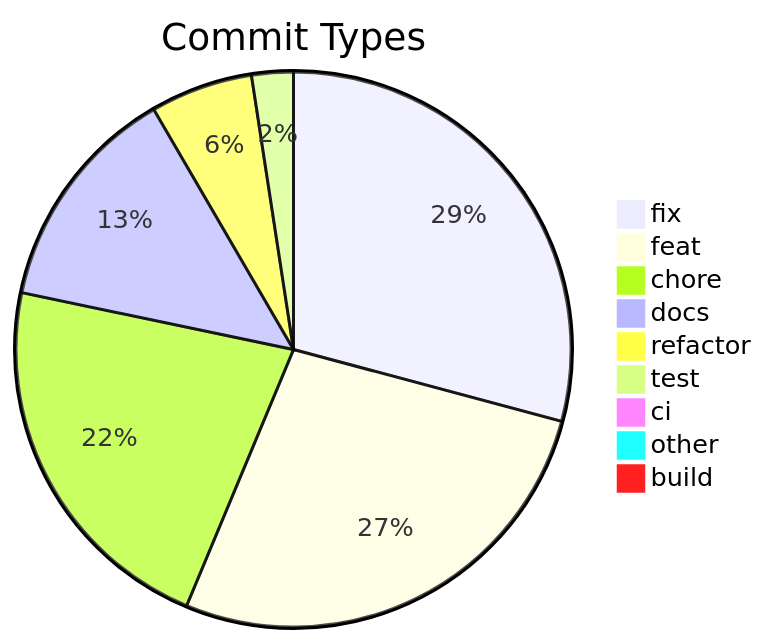
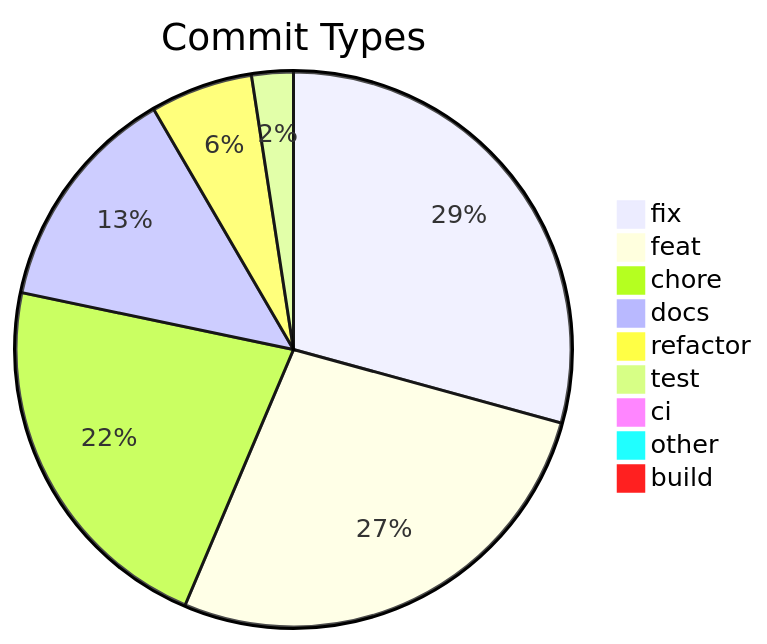
Before and after one commit to svenroth-ai/shipwright: the diagram in .shipwright/compliance/change-history.md, drawn with Mermaid. The commit also changed other lines of this file and 41 other files, not shown here.

````diff
--- a/.shipwright/compliance/change-history.md
+++ b/.shipwright/compliance/change-history.md
@@ -8,12 +8,12 @@
 ```mermaid
 pie title Commit Types
-    "fix" : 313
+    "fix" : 314
     "feat" : 291
-    "chore" : 236
+    "chore" : 235
     "docs" : 143
     "refactor" : 64
     "test" : 26
     "ci" : 9
     "other" : 7
     "build" : 1
 ```
````
